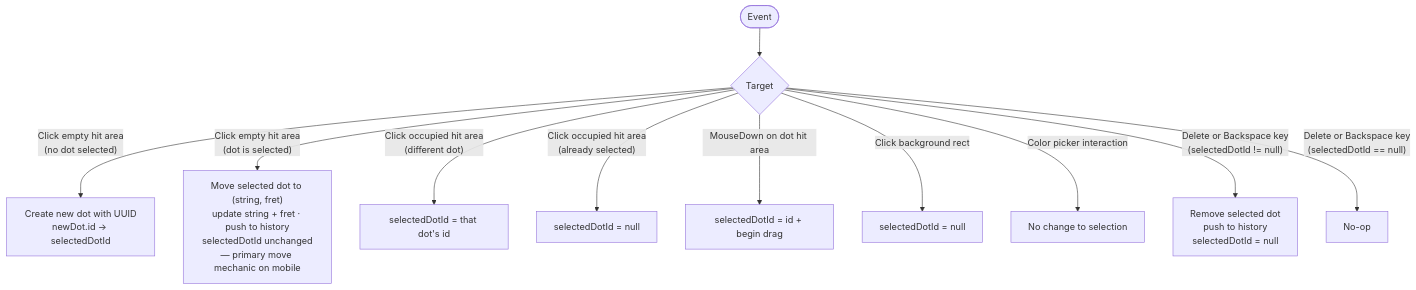
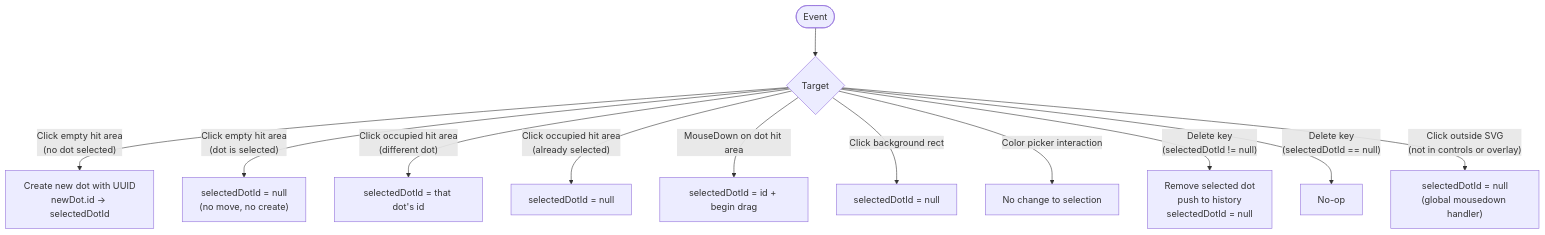
The sixth of 18 diagrams in _dev/_teaching-tools/_custom-fretboard/CUSTOM_FRETBOARD_DIAGRAM.md (Cassen999/basscore), drawn with Mermaid before and after one commit. The commit also changed other lines of this file and 14 other files, not shown here.

````diff
--- a/_dev/_teaching-tools/_custom-fretboard/CUSTOM_FRETBOARD_DIAGRAM.md
+++ b/_dev/_teaching-tools/_custom-fretboard/CUSTOM_FRETBOARD_DIAGRAM.md
@@ -173,15 +173,16 @@
 ```mermaid
 flowchart TD
     E([Event])
     E --> T{Target}
 
     T -->|"Click empty hit area\n(no dot selected)"| ADD["Create new dot with UUID\nnewDot.id → selectedDotId"]
-    T -->|"Click empty hit area\n(dot is selected)"| MOVE["Move selected dot to (string, fret)\nupdate string + fret · push to history\nselectedDotId unchanged\n— primary move mechanic on mobile"]
+    T -->|"Click empty hit area\n(dot is selected)"| DESEL3["selectedDotId = null\n(no move, no create)"]
     T -->|"Click occupied hit area\n(different dot)"| SEL["selectedDotId = that dot's id"]
     T -->|"Click occupied hit area\n(already selected)"| DESEL["selectedDotId = null"]
     T -->|"MouseDown on dot hit area"| DRAGSEL["selectedDotId = id + begin drag"]
     T -->|"Click background rect"| DESEL2["selectedDotId = null"]
     T -->|"Color picker interaction"| NOOP["No change to selection"]
-    T -->|"Delete or Backspace key\n(selectedDotId != null)"| DEL["Remove selected dot\npush to history\nselectedDotId = null"]
-    T -->|"Delete or Backspace key\n(selectedDotId == null)"| NOOP2["No-op"]
+    T -->|"Delete key\n(selectedDotId != null)"| DEL["Remove selected dot\npush to history\nselectedDotId = null"]
+    T -->|"Delete key\n(selectedDotId == null)"| NOOP2["No-op"]
+    T -->|"Click outside SVG\n(not in controls or overlay)"| DESEL4["selectedDotId = null\n(global mousedown handler)"]
 ```
````
